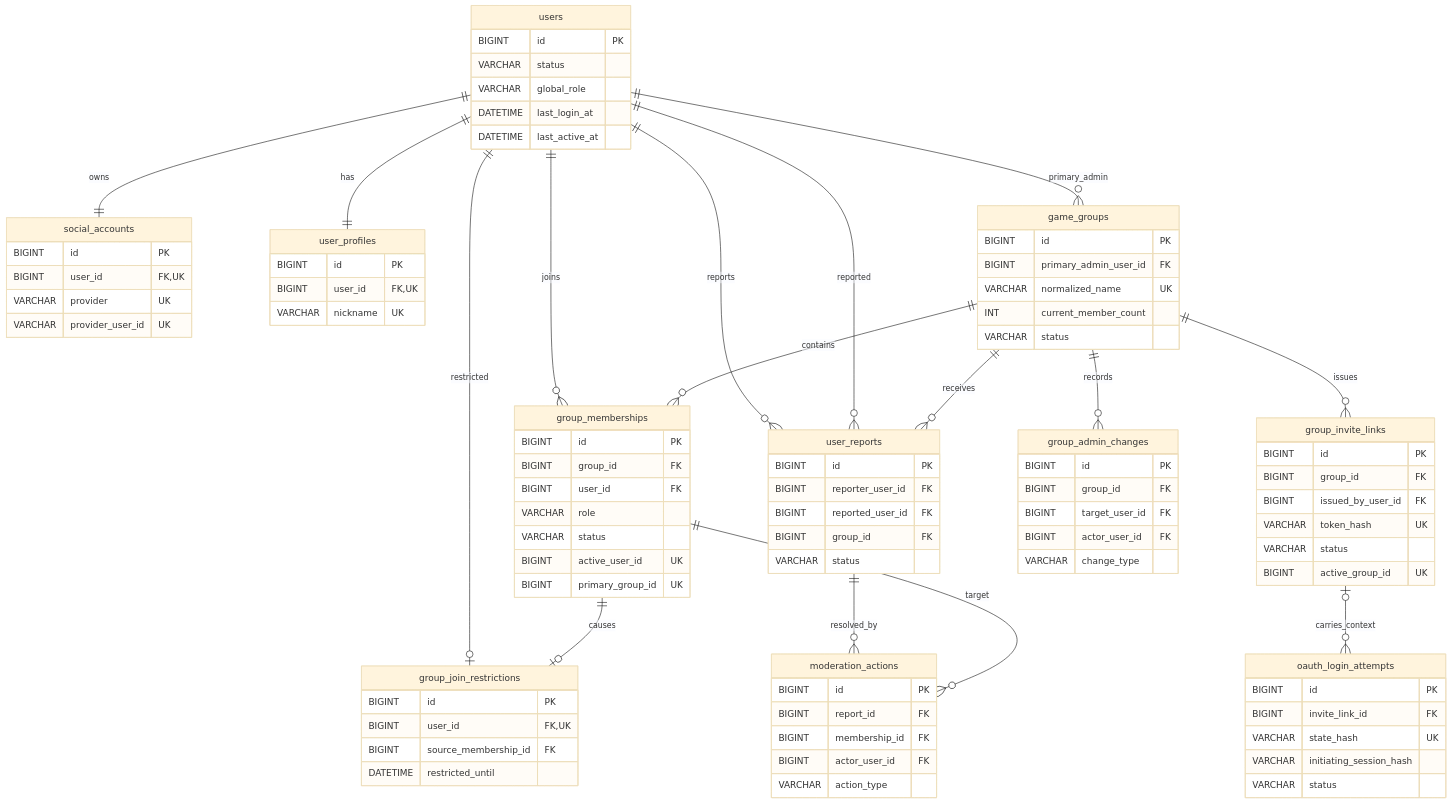
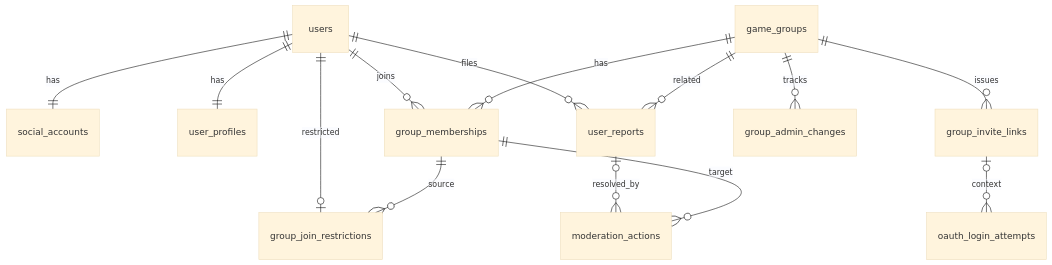
One commit to heebaek200/shared-creature-game changed the first of 5 diagrams in docs/database-design.md. Above: the diagram before and after it, drawn with Mermaid (base theme). The commit also changed other lines of this file and 5 other files, not shown here.

````diff
--- a/docs/database-design.md
+++ b/docs/database-design.md
@@ -94,95 +105,16 @@
 ```mermaid
 erDiagram
-    users {
-        BIGINT id PK
-        VARCHAR status
-        VARCHAR global_role
-        DATETIME last_login_at
-        DATETIME last_active_at
-    }
-    social_accounts {
-        BIGINT id PK
-        BIGINT user_id FK, UK
-        VARCHAR provider UK
-        VARCHAR provider_user_id UK
-    }
-    user_profiles {
-        BIGINT id PK
-        BIGINT user_id FK, UK
-        VARCHAR nickname UK
-    }
-    oauth_login_attempts {
-        BIGINT id PK
-        BIGINT invite_link_id FK
-        VARCHAR state_hash UK
-        VARCHAR initiating_session_hash
-        VARCHAR status
-    }
-    game_groups {
-        BIGINT id PK
-        BIGINT primary_admin_user_id FK
-        VARCHAR normalized_name UK
-        INT current_member_count
-        VARCHAR status
-    }
-    group_memberships {
-        BIGINT id PK
-        BIGINT group_id FK
-        BIGINT user_id FK
-        VARCHAR role
-        VARCHAR status
-        BIGINT active_user_id UK
-        BIGINT primary_group_id UK
-    }
-    group_invite_links {
-        BIGINT id PK
-        BIGINT group_id FK
-        BIGINT issued_by_user_id FK
-        VARCHAR token_hash UK
-        VARCHAR status
-        BIGINT active_group_id UK
-    }
-    group_join_restrictions {
-        BIGINT id PK
-        BIGINT user_id FK, UK
-        BIGINT source_membership_id FK
-        DATETIME restricted_until
-    }
-    user_reports {
-        BIGINT id PK
-        BIGINT reporter_user_id FK
-        BIGINT reported_user_id FK
-        BIGINT group_id FK
-        VARCHAR status
-    }
-    moderation_actions {
-        BIGINT id PK
-        BIGINT report_id FK
-        BIGINT membership_id FK
-        BIGINT actor_user_id FK
-        VARCHAR action_type
-    }
-    group_admin_changes {
-        BIGINT id PK
-        BIGINT group_id FK
-        BIGINT target_user_id FK
-        BIGINT actor_user_id FK
-        VARCHAR change_type
-    }
-
-    users ||--|| social_accounts : owns
+    users ||--|| social_accounts : has
     users ||--|| user_profiles : has
     users ||--o{ group_memberships : joins
-    game_groups ||--o{ group_memberships : contains
-    users ||--o{ game_groups : primary_admin
+    game_groups ||--o{ group_memberships : has
     game_groups ||--o{ group_invite_links : issues
-    group_invite_links o|--o{ oauth_login_attempts : carries_context
     users ||--o| group_join_restrictions : restricted
-    group_memberships ||--o| group_join_restrictions : causes
-    users ||--o{ user_reports : reports
-    users ||--o{ user_reports : reported
-    game_groups ||--o{ user_reports : receives
-    user_reports ||--o{ moderation_actions : resolved_by
+    group_memberships ||--o{ group_join_restrictions : source
+    users ||--o{ user_reports : files
+    game_groups ||--o{ user_reports : related
+    user_reports o|--o{ moderation_actions : resolved_by
     group_memberships ||--o{ moderation_actions : target
-    game_groups ||--o{ group_admin_changes : records
+    game_groups ||--o{ group_admin_changes : tracks
+    group_invite_links o|--o{ oauth_login_attempts : context
 ```
````
